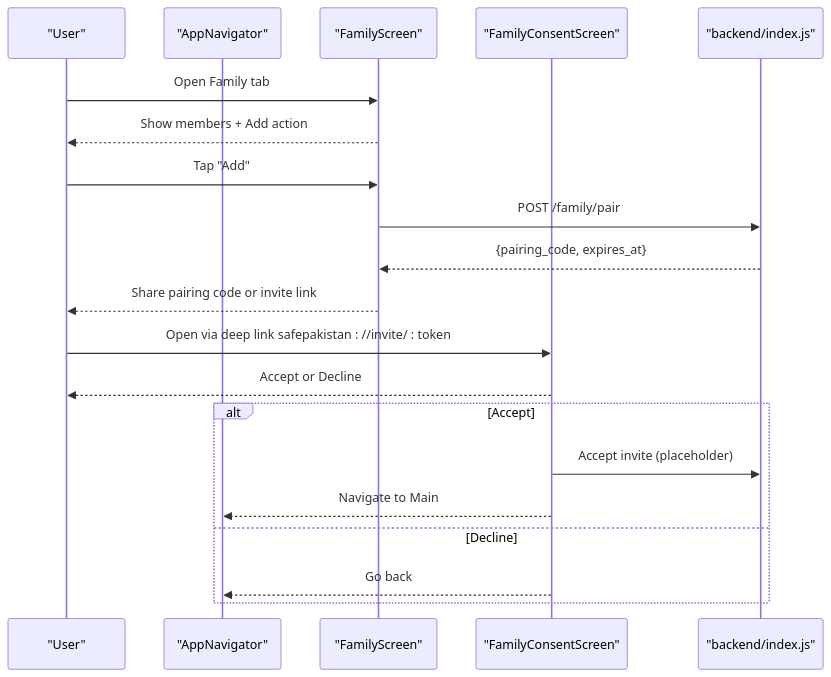
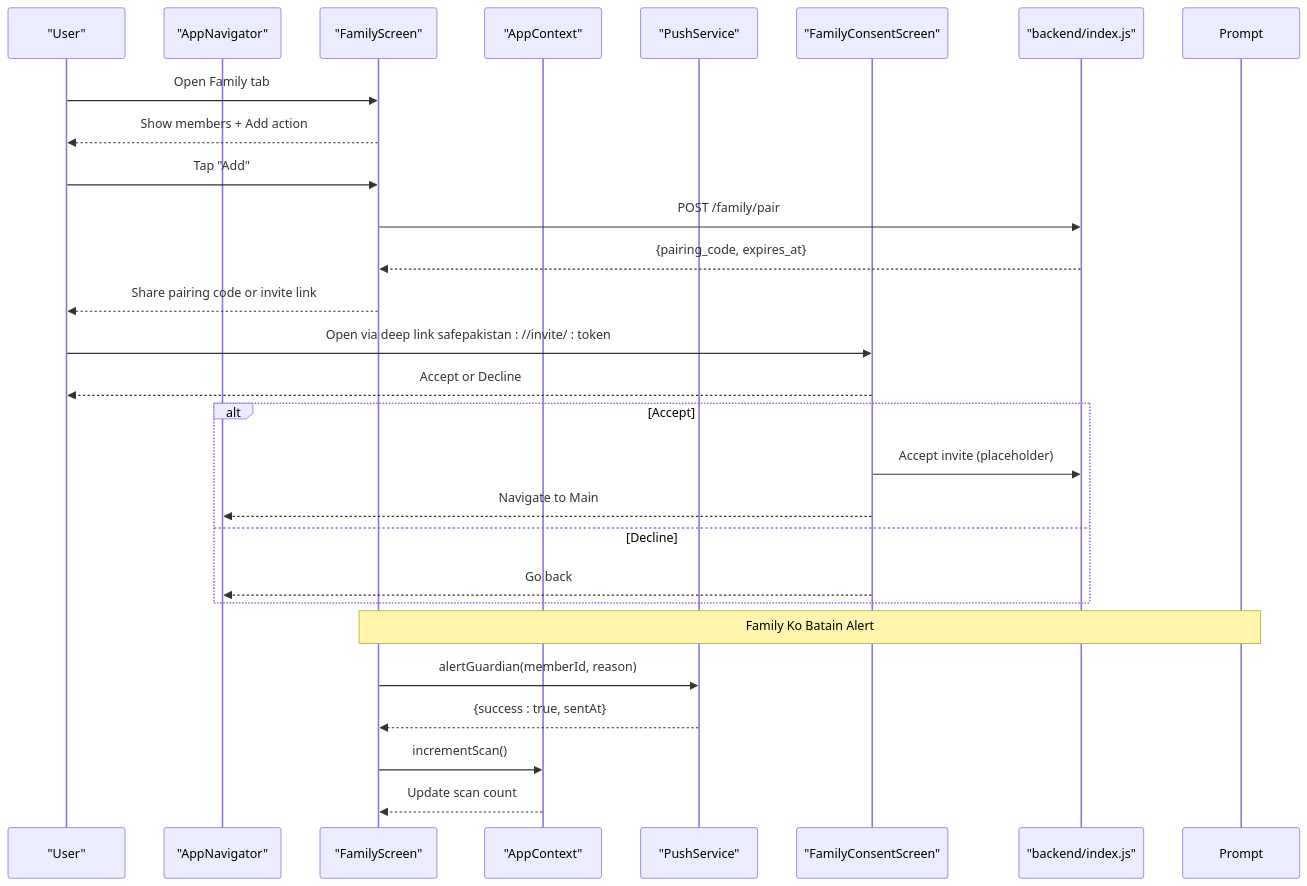
The second of 3 diagrams in .qoder/repowiki/en/content/Core Features/Family Protection System/Family Protection System.md (cyberNoman/Safe-Pakistan), drawn with Mermaid before and after one commit. The commit also changed other lines of this file and 52 other files, not shown here.

````diff
--- a/.qoder/repowiki/en/content/Core Features/Family Protection System/Family Protection System.md
+++ b/.qoder/repowiki/en/content/Core Features/Family Protection System/Family Protection System.md
@@ -98,22 +121,29 @@
 ```mermaid
 sequenceDiagram
 participant User as "User"
 participant App as "AppNavigator"
 participant Family as "FamilyScreen"
+participant Context as "AppContext"
+participant Push as "PushService"
 participant Consent as "FamilyConsentScreen"
 participant Backend as "backend/index.js"
 User->>Family : Open Family tab
 Family-->>User : Show members + Add action
 User->>Family : Tap "Add"
 Family->>Backend : POST /family/pair
 Backend-->>Family : {pairing_code, expires_at}
 Family-->>User : Share pairing code or invite link
 User->>Consent : Open via deep link safepakistan : //invite/ : token
 Consent-->>User : Accept or Decline
 alt Accept
 Consent->>Backend : Accept invite (placeholder)
 Consent-->>App : Navigate to Main
 else Decline
 Consent-->>App : Go back
 end
+Note over Family,Prompt : Family Ko Batain Alert
+Family->>Push : alertGuardian(memberId, reason)
+Push-->>Family : {success : true, sentAt}
+Family->>Context : incrementScan()
+Context-->>Family : Update scan count
 ```
````
